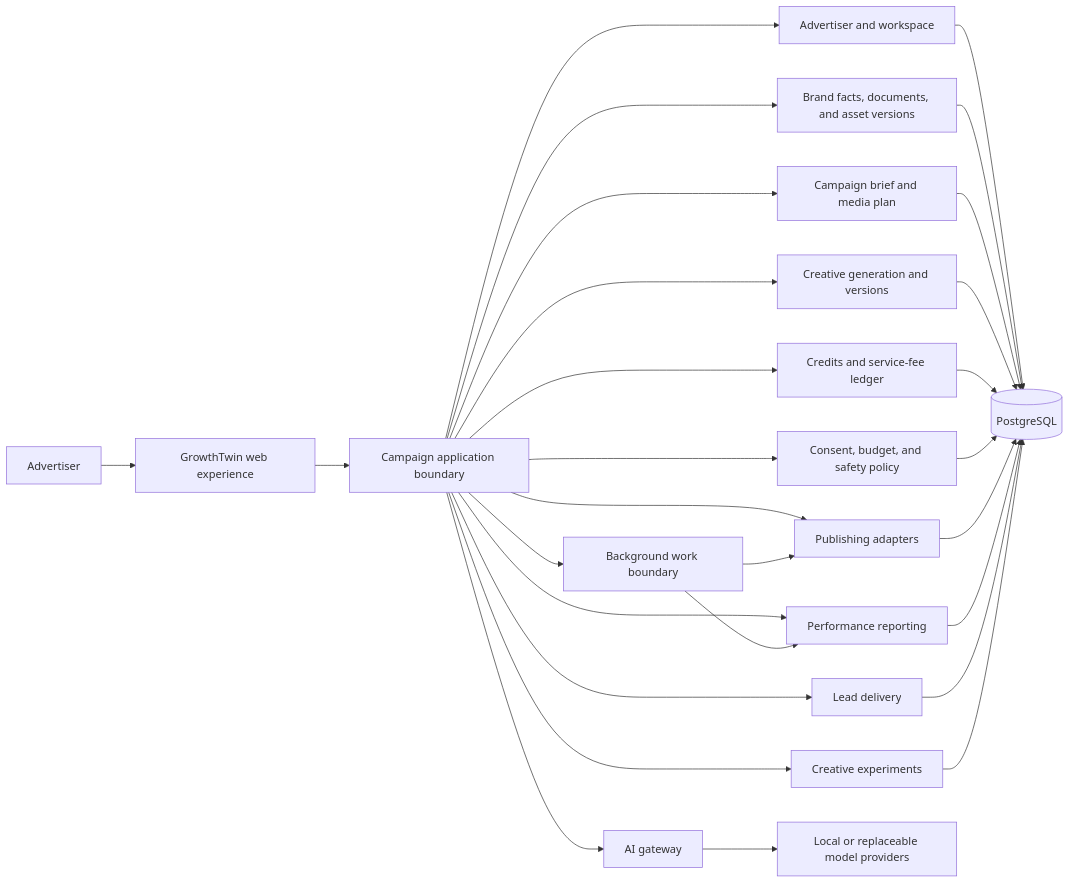
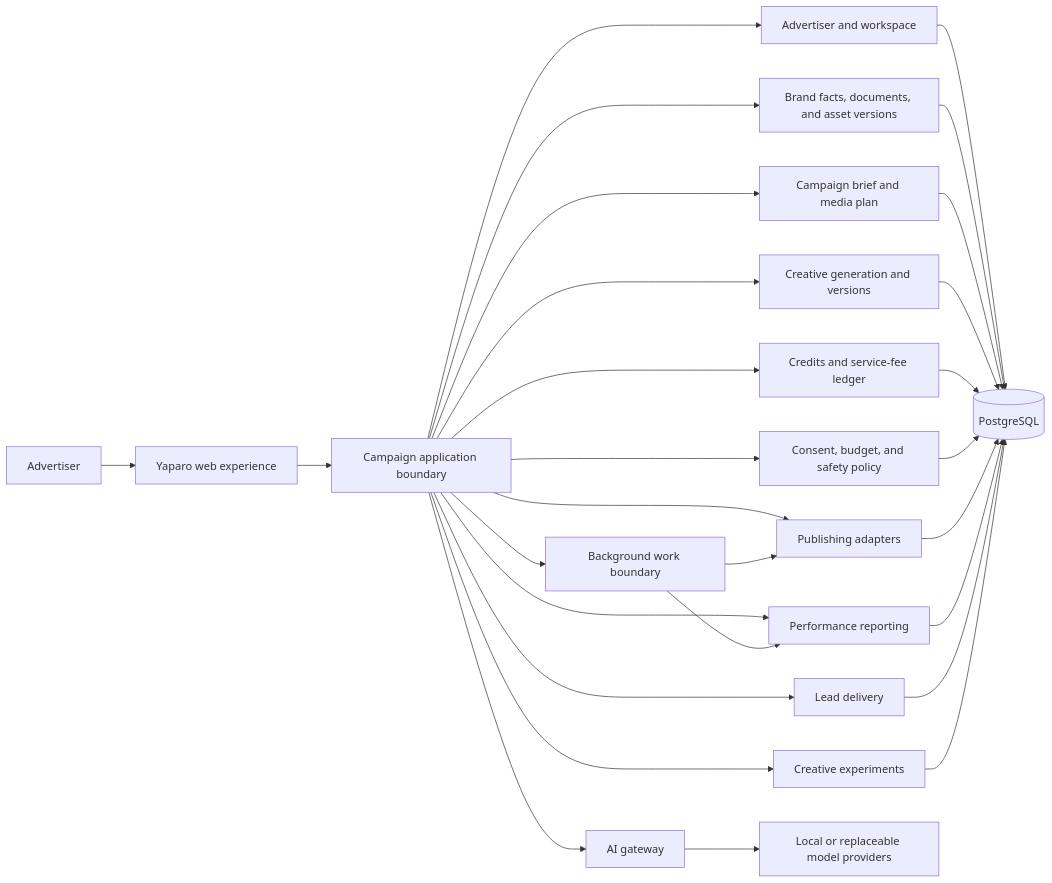
The diagram in ARCHITECTURE.md (ugurkbcgl-hub/growthtwin), drawn with Mermaid before and after one commit. The commit also changed other lines of this file and 39 other files, not shown here.

````diff
--- a/ARCHITECTURE.md
+++ b/ARCHITECTURE.md
@@ -17,30 +17,30 @@
 ```mermaid
 flowchart LR
-  Advertiser[Advertiser] --> Web[GrowthTwin web experience]
+  Advertiser[Advertiser] --> Web[Yaparo web experience]
   Web --> App[Campaign application boundary]
   App --> Identity[Advertiser and workspace]
   App --> Brand[Brand facts, documents, and asset versions]
   App --> Brief[Campaign brief and media plan]
   App --> Creative[Creative generation and versions]
   App --> Pricing[Credits and service-fee ledger]
   App --> Policy[Consent, budget, and safety policy]
   App --> AI[AI gateway]
   App --> Publish[Publishing adapters]
   App --> Report[Performance reporting]
   App --> Leads[Lead delivery]
   App --> Experiments[Creative experiments]
   App --> Jobs[Background work boundary]
   Identity --> Store[(PostgreSQL)]
   Brand --> Store
   Brief --> Store
   Creative --> Store
   Pricing --> Store
   Policy --> Store
   Publish --> Store
   Report --> Store
   Leads --> Store
   Experiments --> Store
   AI --> Providers[Local or replaceable model providers]
   Jobs --> Publish
   Jobs --> Report
 ```
````
